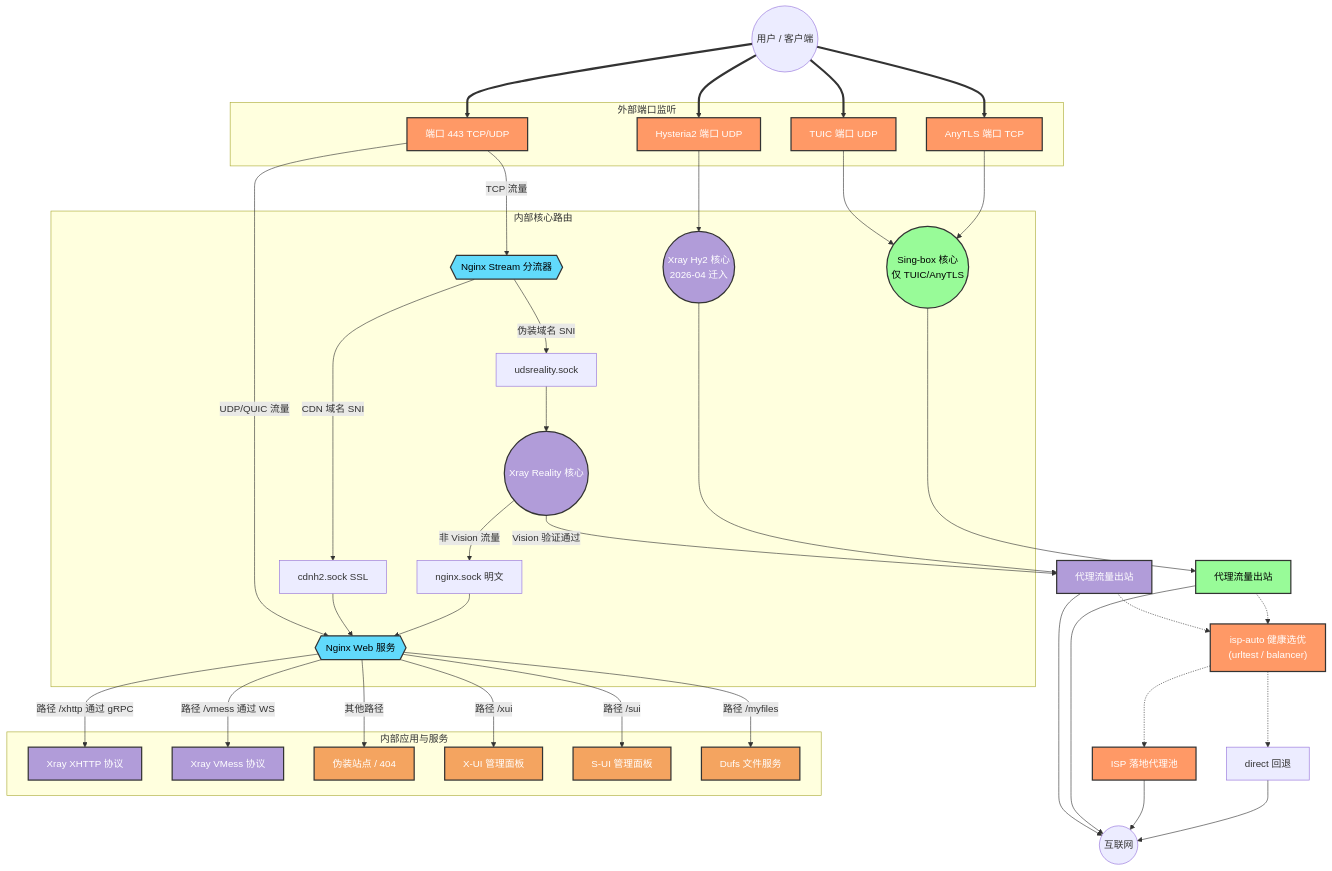
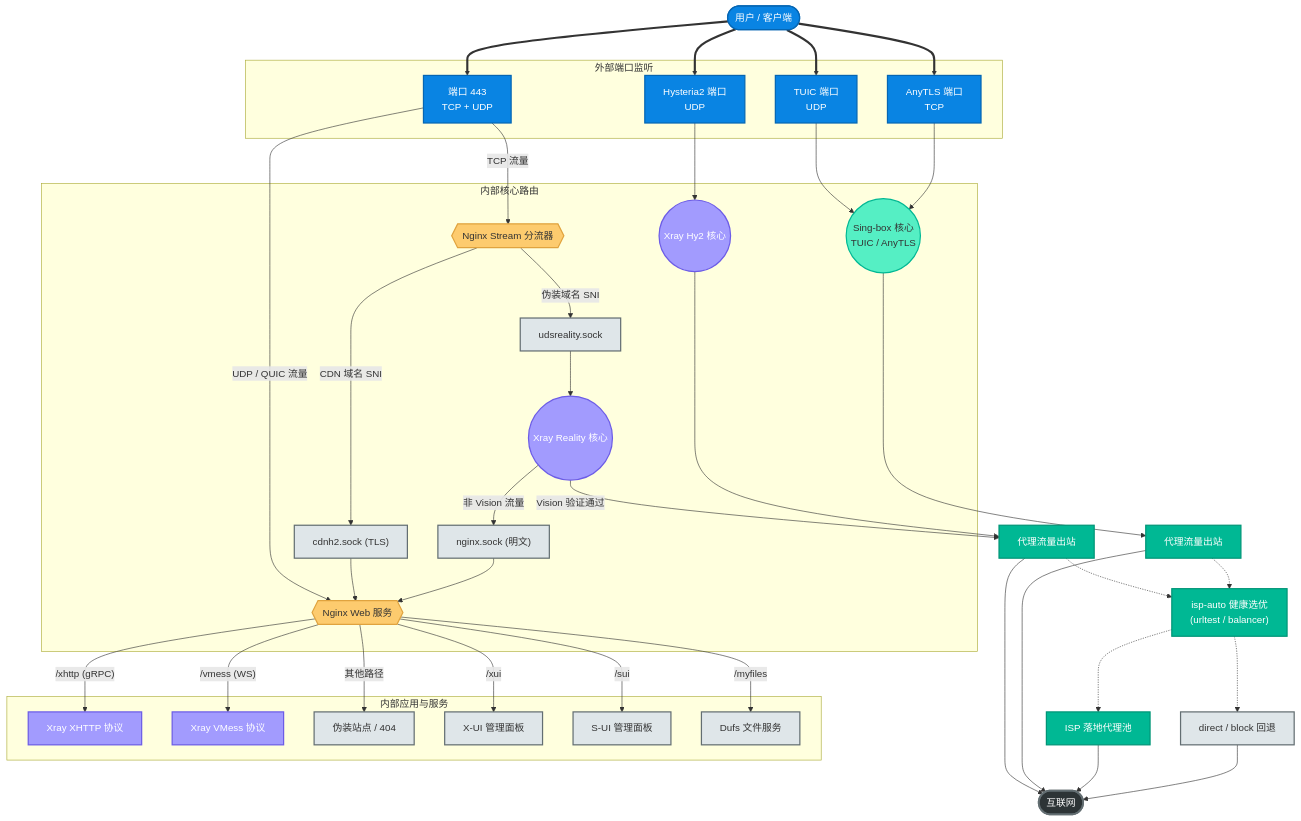
One commit to currycan/sb-xray changed the first of 11 diagrams in docs/01-architecture-and-traffic.md. Above: the diagram before and after it, drawn with Mermaid. The commit also changed other lines of this file and 5 other files, not shown here.

````diff
--- a/docs/01-architecture-and-traffic.md
+++ b/docs/01-architecture-and-traffic.md
@@ -47,74 +47,75 @@
 ```mermaid
-graph TD
-    classDef entry fill:#f96,stroke:#333,stroke-width:2px,color:white
-    classDef nginx fill:#61dafb,stroke:#333,stroke-width:2px,color:black
-    classDef xray fill:#b19cd9,stroke:#333,stroke-width:2px,color:white
-    classDef sing fill:#98fb98,stroke:#333,stroke-width:2px,color:black
-    classDef app fill:#f4a460,stroke:#333,stroke-width:2px,color:white
+flowchart TD
+    classDef entry    fill:#0984e3,stroke:#0566b3,stroke-width:2px,color:#fff
+    classDef gateway  fill:#fdcb6e,stroke:#e0a33e,stroke-width:2px,color:#333
+    classDef xray     fill:#a29bfe,stroke:#6c5ce7,stroke-width:2px,color:#fff
+    classDef sing     fill:#55efc4,stroke:#00b894,stroke-width:2px,color:#333
+    classDef app      fill:#dfe6e9,stroke:#636e72,stroke-width:2px,color:#333
+    classDef outbound fill:#00b894,stroke:#009577,stroke-width:2px,color:#fff
+    classDef external fill:#2d3436,stroke:#636e72,stroke-width:3px,color:#fff
 
-    User((用户 / 客户端))
+    User(["用户 / 客户端"]):::entry
 
-    subgraph 外部端口监听
-        P443["端口 443 TCP/UDP"]:::entry
-        PHysteria["Hysteria2 端口 UDP"]:::entry
-        PTuic["TUIC 端口 UDP"]:::entry
-        PAnyTLS["AnyTLS 端口 TCP"]:::entry
+    subgraph Ports ["外部端口监听"]
+        P443["端口 443<br/>TCP + UDP"]:::entry
+        PHysteria["Hysteria2 端口<br/>UDP"]:::entry
+        PTuic["TUIC 端口<br/>UDP"]:::entry
+        PAnyTLS["AnyTLS 端口<br/>TCP"]:::entry
     end
 
     User ==> P443
     User ==> PHysteria
     User ==> PTuic
     User ==> PAnyTLS
 
-    subgraph 内部核心路由
-        NginxStream{{"Nginx Stream 分流器"}}:::nginx
-        NginxWeb{{"Nginx Web 服务"}}:::nginx
+    subgraph Core ["内部核心路由"]
+        NginxStream{{"Nginx Stream 分流器"}}:::gateway
+        NginxWeb{{"Nginx Web 服务"}}:::gateway
         XrayReality(("Xray Reality 核心")):::xray
-        XrayHy2(("Xray Hy2 核心<br/>2026-04 迁入")):::xray
-        SingBox(("Sing-box 核心<br/>仅 TUIC/AnyTLS")):::sing
-        UDS_Reality["udsreality.sock"]
-        UDS_CDN["cdnh2.sock SSL"]
-        UDS_Nginx["nginx.sock 明文"]
+        XrayHy2(("Xray Hy2 核心")):::xray
+        SingBox(("Sing-box 核心<br/>TUIC / AnyTLS")):::sing
+        UDS_Reality["udsreality.sock"]:::app
+        UDS_CDN["cdnh2.sock (TLS)"]:::app
+        UDS_Nginx["nginx.sock (明文)"]:::app
     end
 
-    P443 -- TCP 流量 --> NginxStream
-    P443 -- UDP/QUIC 流量 --> NginxWeb
+    P443 -- "TCP 流量" --> NginxStream
+    P443 -- "UDP / QUIC 流量" --> NginxWeb
 
     NginxStream -- "伪装域名 SNI" --> UDS_Reality --> XrayReality
     NginxStream -- "CDN 域名 SNI" --> UDS_CDN --> NginxWeb
 
-    XrayReality -- "Vision 验证通过" --> ProxyOut1["代理流量出站"]:::xray
+    XrayReality -- "Vision 验证通过" --> ProxyOut1["代理流量出站"]:::outbound
     XrayReality -- "非 Vision 流量" --> UDS_Nginx
     UDS_Nginx --> NginxWeb
 
-    PHysteria --> XrayHy2
-    XrayHy2 --> ProxyOut1
+    PHysteria --> XrayHy2 --> ProxyOut1
     PTuic --> SingBox
     PAnyTLS --> SingBox
-    SingBox --> ProxyOut2["代理流量出站"]:::sing
+    SingBox --> ProxyOut2["代理流量出站"]:::outbound
 
-    ProxyOut1 -.-> ISPAuto["isp-auto 健康选优\n(urltest / balancer)"]:::entry
+    ProxyOut1 -.-> ISPAuto["isp-auto 健康选优<br/>(urltest / balancer)"]:::outbound
     ProxyOut2 -.-> ISPAuto
-    ISPAuto -.-> ISP["ISP 落地代理池"]:::entry
-    ISPAuto -.-> DirectFB["direct 回退"]
-    ProxyOut1 --> Internet((互联网))
+    ISPAuto -.-> ISP["ISP 落地代理池"]:::outbound
+    ISPAuto -.-> DirectFB["direct / block 回退"]:::app
+    ProxyOut1 --> Internet(["互联网"]):::external
     ProxyOut2 --> Internet
     ISP --> Internet
     DirectFB --> Internet
 
-    subgraph 内部应用与服务
+    subgraph Apps ["内部应用与服务"]
         AppXHTTP["Xray XHTTP 协议"]:::xray
         AppVMess["Xray VMess 协议"]:::xray
         AppWeb["伪装站点 / 404"]:::app
         AppXUI["X-UI 管理面板"]:::app
         AppSUI["S-UI 管理面板"]:::app
         AppFiles["Dufs 文件服务"]:::app
     end
 
-    NginxWeb -- "路径 /xhttp 通过 gRPC" --> AppXHTTP
-    NginxWeb -- "路径 /vmess 通过 WS" --> AppVMess
-    NginxWeb -- "路径 /xui" --> AppXUI
-    NginxWeb -- "路径 /sui" --> AppSUI
-    NginxWeb -- "路径 /myfiles" --> AppFiles
+    NginxWeb -- "/xhttp (gRPC)" --> AppXHTTP
+    NginxWeb -- "/vmess (WS)" --> AppVMess
+    NginxWeb -- "/xui" --> AppXUI
+    NginxWeb -- "/sui" --> AppSUI
+    NginxWeb -- "/myfiles" --> AppFiles
     NginxWeb -- "其他路径" --> AppWeb
 ```
````
